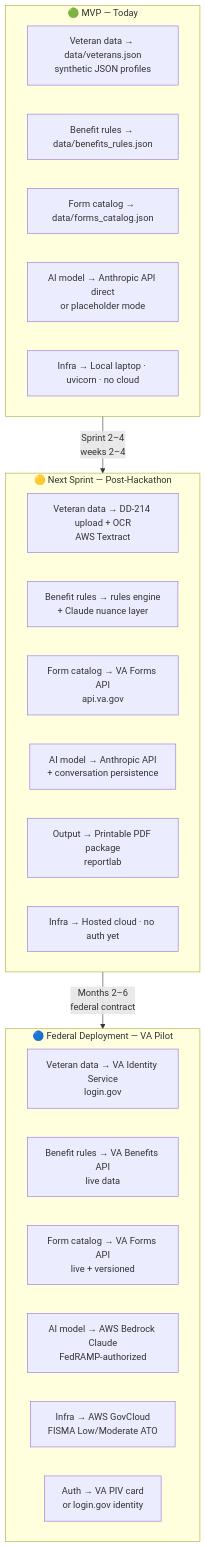
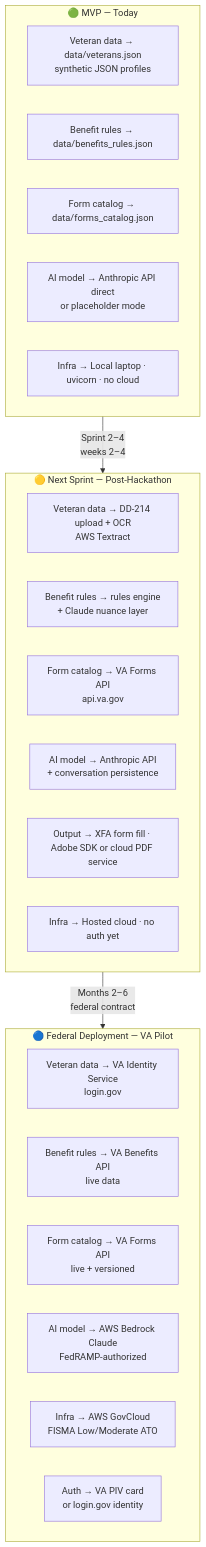
Before and after one commit to akaseahawk/VetAssist: the fifth of 8 diagrams in README.md, drawn with Mermaid. The commit also changed other lines of this file and 6 other files, not shown here.

First line of the commit message:
feat: PDF download package — cover page + field summary sheet

````diff
--- a/README.md
+++ b/README.md
@@ -248,31 +248,31 @@
 ```mermaid
 flowchart TD
     subgraph MVP["🟢 MVP — Today"]
         M1[Veteran data → data/veterans.json\nsynthetic JSON profiles]
         M2[Benefit rules → data/benefits_rules.json]
         M3[Form catalog → data/forms_catalog.json]
         M4[AI model → Anthropic API direct\nor placeholder mode]
         M5[Infra → Local laptop · uvicorn · no cloud]
     end
 
     subgraph NEXT["🟡 Next Sprint — Post-Hackathon"]
         N1[Veteran data → DD-214 upload + OCR\nAWS Textract]
         N2[Benefit rules → rules engine\n+ Claude nuance layer]
         N3[Form catalog → VA Forms API\napi.va.gov]
         N4[AI model → Anthropic API\n+ conversation persistence]
-        N5[Output → Printable PDF package\nreportlab]
+        N5[Output → XFA form fill · Adobe SDK or cloud PDF service]
         N6[Infra → Hosted cloud · no auth yet]
     end
 
     subgraph FED["🔵 Federal Deployment — VA Pilot"]
         F1[Veteran data → VA Identity Service\nlogin.gov]
         F2[Benefit rules → VA Benefits API\nlive data]
         F3[Form catalog → VA Forms API\nlive + versioned]
         F4[AI model → AWS Bedrock Claude\nFedRAMP-authorized]
         F5[Infra → AWS GovCloud\nFISMA Low/Moderate ATO]
         F6[Auth → VA PIV card\nor login.gov identity]
     end
 
     MVP -->|Sprint 2–4\nweeks 2–4| NEXT
     NEXT -->|Months 2–6\nfederal contract| FED
 ```
````
